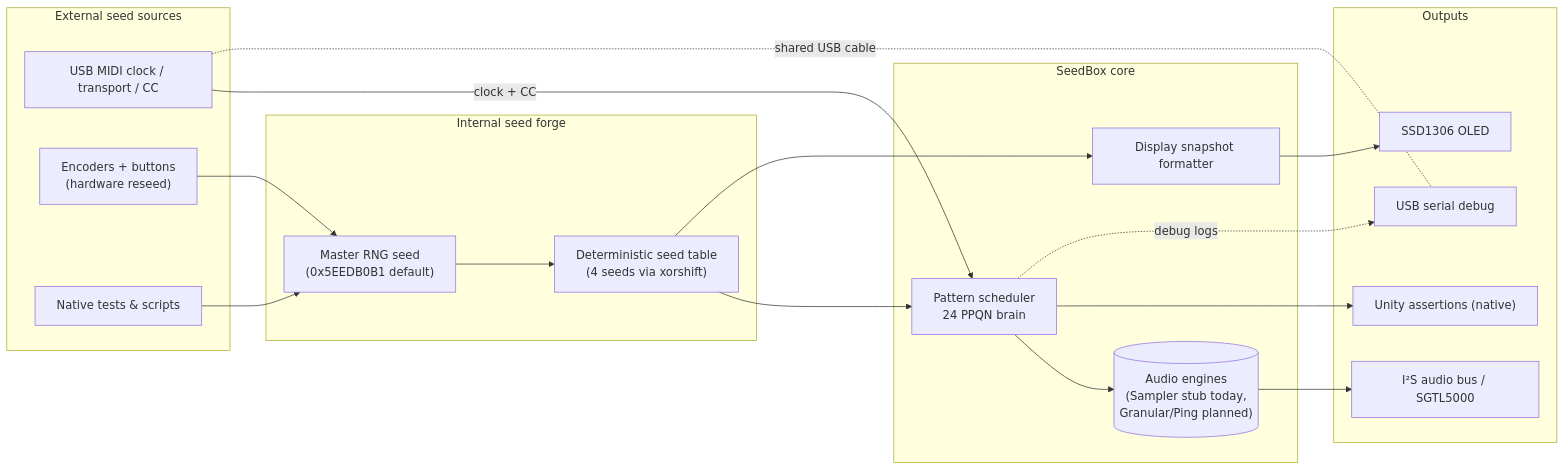
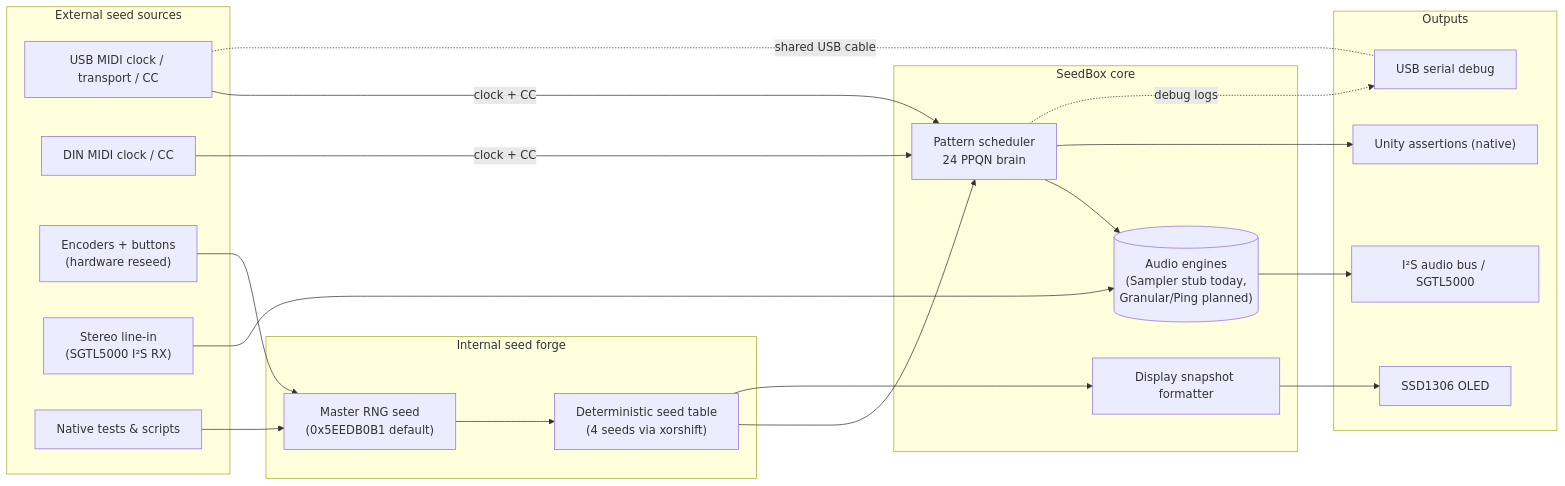
The diagram in README.md (bseverns/seedBox), drawn with Mermaid before and after one commit. The commit also changed other lines of this file and 1 other file, not shown here.

Commit message:
Document external MIDI and audio inputs

````diff
--- a/README.md
+++ b/README.md
@@ -48,39 +48,43 @@
 ```mermaid
 flowchart LR
   subgraph External_Inputs["External seed sources"]
     Midi["USB MIDI clock / transport / CC"]
+    MidiDIN["DIN MIDI clock / CC"]
     EncoderPress["Encoders + buttons<br/>(hardware reseed)"]
+    AudioIn["Stereo line-in<br/>(SGTL5000 I²S RX)"]
     NativeTests["Native tests & scripts"]
   end
 
   subgraph Seed_Factory["Internal seed forge"]
     MasterSeed["Master RNG seed<br/>(0x5EEDB0B1 default)"]
     SeedTable["Deterministic seed table<br/>(4 seeds via xorshift)"]
   end
 
   subgraph Core["SeedBox core"]
     Scheduler["Pattern scheduler<br/>24 PPQN brain"]
     DisplaySnap["Display snapshot formatter"]
     Engines[("Audio engines<br/>(Sampler stub today,<br/>Granular/Ping planned)")]
   end
 
   subgraph Outputs
     Audio["I²S audio bus / SGTL5000"]
     Serial["USB serial debug"]
     OLED["SSD1306 OLED"]
     TestAsserts["Unity assertions (native)"]
   end
 
   Midi -->|clock + CC| Scheduler
+  MidiDIN -->|clock + CC| Scheduler
   EncoderPress --> MasterSeed
   NativeTests --> MasterSeed
   MasterSeed --> SeedTable
   SeedTable --> Scheduler
   SeedTable --> DisplaySnap
   Scheduler --> Engines
   Scheduler --> TestAsserts
   Engines --> Audio
+  AudioIn --> Engines
   Scheduler -. debug logs .-> Serial
   DisplaySnap --> OLED
   Midi -. shared USB cable .- Serial
 ```
````
